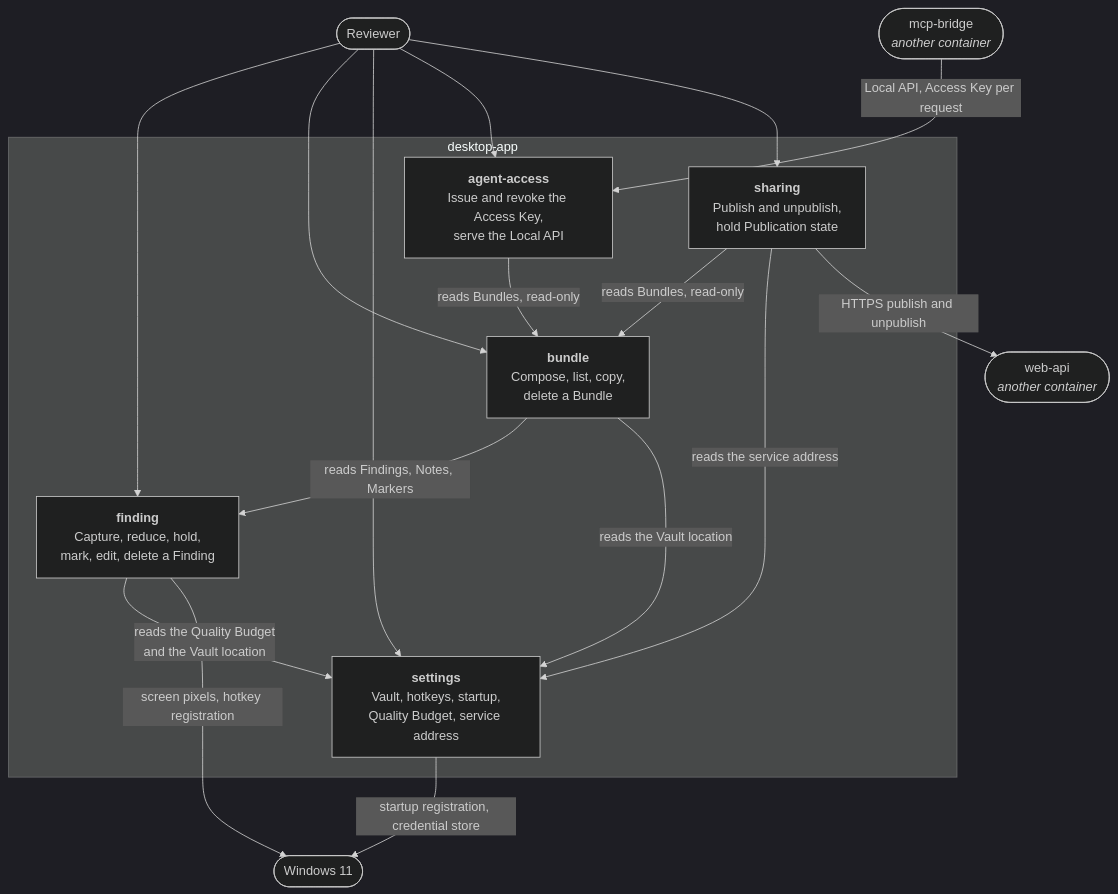
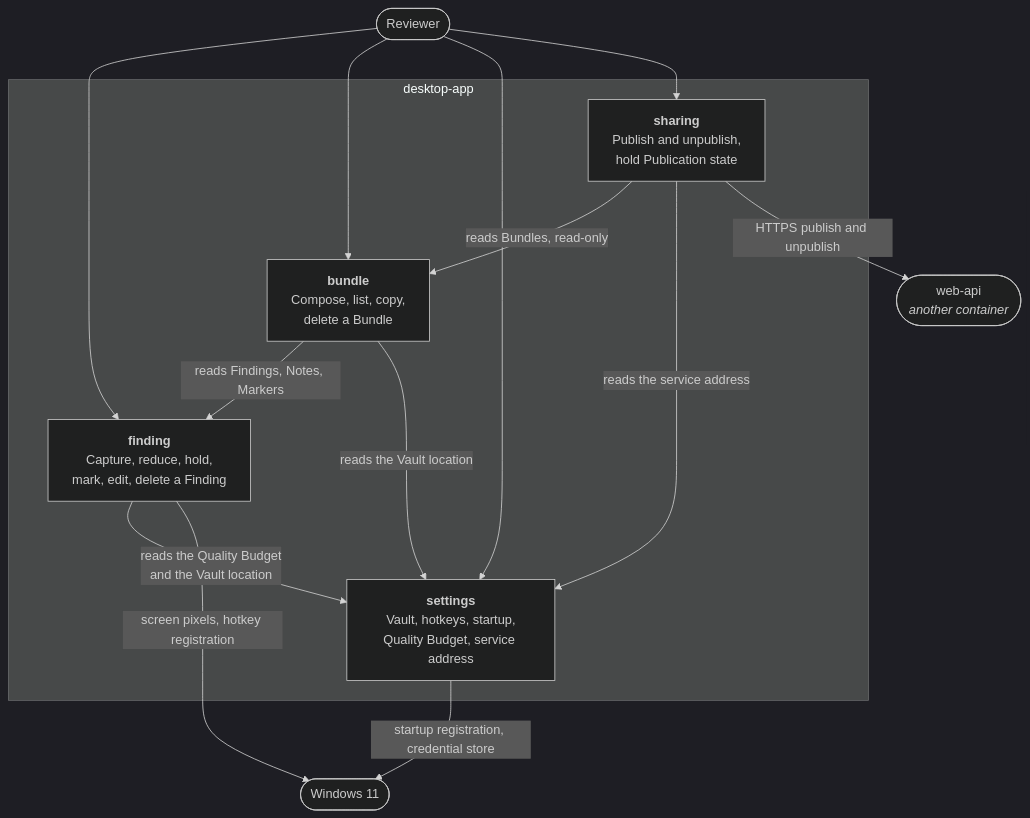
Before and after one commit to wiradigitalid/snapdown: the diagram in .how/_platform/c4-l3-desktop-app.md, drawn with Mermaid (dark theme). The commit also changed other lines of this file and 49 other files, not shown here.

````diff
--- a/.how/_platform/c4-l3-desktop-app.md
+++ b/.how/_platform/c4-l3-desktop-app.md
@@ -16,32 +16,27 @@
 ```mermaid
 graph TB
     R(["Reviewer"])
-    MB(["mcp-bridge<br/><i>another container</i>"])
     WA(["web-api<br/><i>another container</i>"])
     OS(["Windows 11"])
 
     subgraph DA["desktop-app"]
         FIND["<b>finding</b><br/>Capture, reduce, hold,<br/>mark, edit, delete a Finding"]
         BUN["<b>bundle</b><br/>Compose, list, copy,<br/>delete a Bundle"]
         SET["<b>settings</b><br/>Vault, hotkeys, startup,<br/>Quality Budget, service address"]
-        AA["<b>agent-access</b><br/>Issue and revoke the Access Key,<br/>serve the Local API"]
         SH["<b>sharing</b><br/>Publish and unpublish,<br/>hold Publication state"]
     end
 
     R --> FIND
     R --> BUN
     R --> SET
-    R --> AA
     R --> SH
 
     BUN -->|"reads Findings, Notes, Markers"| FIND
     FIND -->|"reads the Quality Budget<br/>and the Vault location"| SET
     BUN -->|"reads the Vault location"| SET
-    AA -->|"reads Bundles, read-only"| BUN
     SH -->|"reads Bundles, read-only"| BUN
     SH -->|"reads the service address"| SET
     FIND -->|"screen pixels, hotkey registration"| OS
     SET -->|"startup registration, credential store"| OS
-    MB -->|"Local API, Access Key per request"| AA
     SH -->|"HTTPS publish and unpublish"| WA
 ```
````
